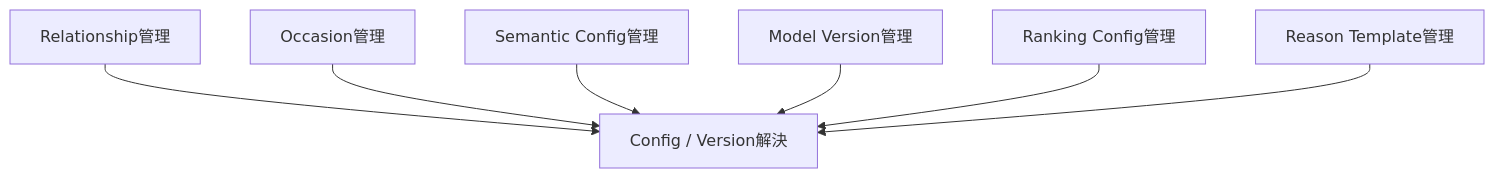
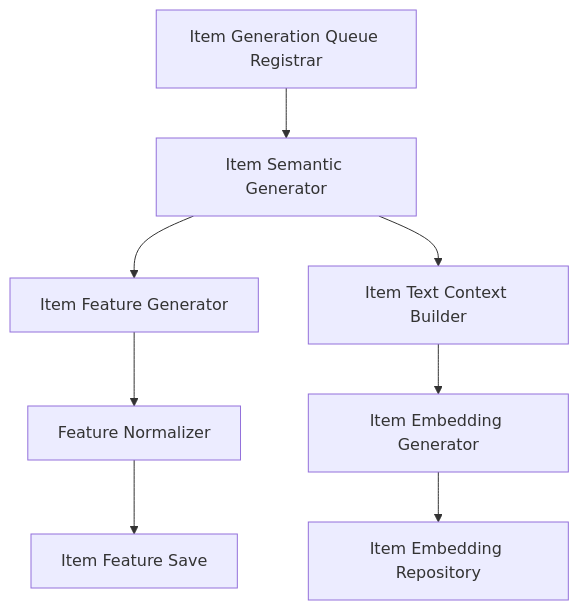
One commit to ryo-chan-k6/GiftRecommendAPP_MVP_CYCLE_3 changed the third of 3 diagrams in docs/05_アプリケーション設計/アプリ/モジュール一覧.md. Above: the diagram before and after it, drawn with Mermaid. The commit also changed other lines of this file, not shown here.

````diff
--- a/docs/05_アプリケーション設計/アプリ/モジュール一覧.md
+++ b/docs/05_アプリケーション設計/アプリ/モジュール一覧.md
@@ -462,9 +570,11 @@
 ```mermaid
 flowchart TD
-    A[Relationship管理] --> G[Config / Version解決]
-    B[Occasion管理] --> G
-    C[Semantic Config管理] --> G
-    D[Model Version管理] --> G
-    E[Ranking Config管理] --> G
-    F[Reason Template管理] --> G
+    A[Item Generation Queue Registrar] --> B[Item Semantic Generator]
+    B --> C[Item Feature Generator]
+    C --> D[Feature Normalizer]
+    D --> E[Item Feature Save]
+
+    B --> F[Item Text Context Builder]
+    F --> G[Item Embedding Generator]
+    G --> H[Item Embedding Repository]
 ```
````
